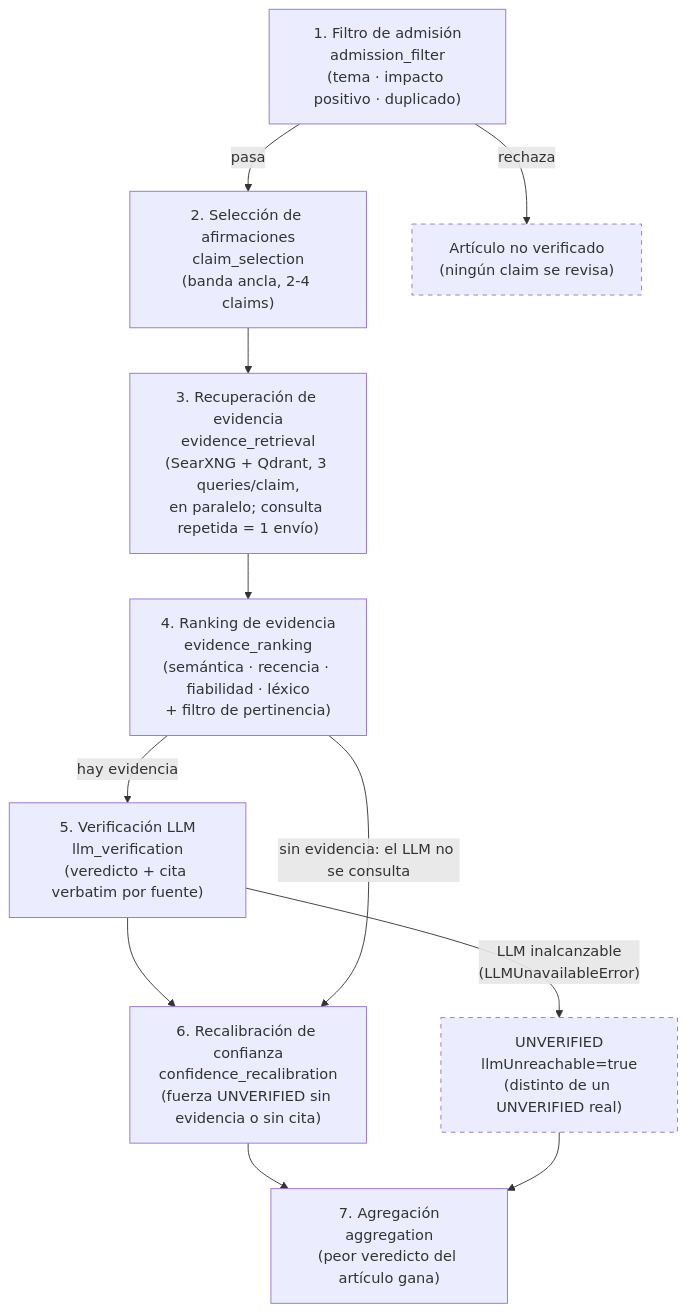
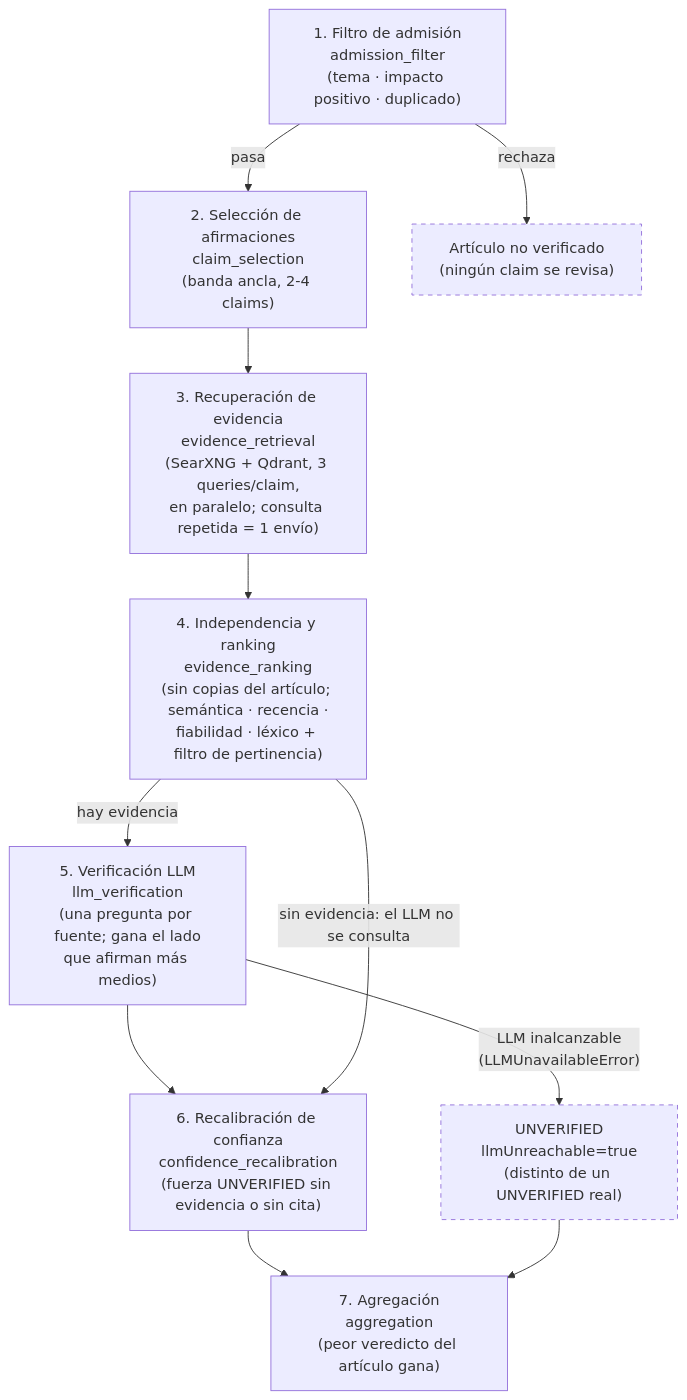
The second of 2 diagrams in docs/arquitectura-tecnica.md (aespinoza-napp/inspiring-news), drawn with Mermaid before and after one commit. The commit also changed other lines of this file and 5 other files, not shown here.

First line of the commit message:
Docs: the thesis defence brief, the 3 Nov audit, architecture and summary updated

````diff
--- a/docs/arquitectura-tecnica.md
+++ b/docs/arquitectura-tecnica.md
@@ -179,20 +189,20 @@
 ```mermaid
 flowchart TD
     A["1. Filtro de admisión\nadmission_filter\n(tema · impacto positivo · duplicado)"]
     B["2. Selección de afirmaciones\nclaim_selection\n(banda ancla, 2-4 claims)"]
     C["3. Recuperación de evidencia\nevidence_retrieval\n(SearXNG + Qdrant, 3 queries/claim,\nen paralelo; consulta repetida = 1 envío)"]
-    D["4. Ranking de evidencia\nevidence_ranking\n(semántica · recencia · fiabilidad · léxico\n+ filtro de pertinencia)"]
-    E["5. Verificación LLM\nllm_verification\n(veredicto + cita verbatim por fuente)"]
+    D["4. Independencia y ranking\nevidence_ranking\n(sin copias del artículo; semántica · recencia ·\nfiabilidad · léxico + filtro de pertinencia)"]
+    E["5. Verificación LLM\nllm_verification\n(una pregunta por fuente; gana el lado\nque afirman más medios)"]
     F["6. Recalibración de confianza\nconfidence_recalibration\n(fuerza UNVERIFIED sin evidencia o sin cita)"]
     G["7. Agregación\naggregation\n(peor veredicto del artículo gana)"]
 
     A -- "pasa" --> B --> C --> D
     D -- "hay evidencia" --> E --> F --> G
     D -- "sin evidencia: el LLM no se consulta" --> F
     A -- "rechaza" --> X["Artículo no verificado\n(ningún claim se revisa)"]
     E -- "LLM inalcanzable\n(LLMUnavailableError)" --> F2["UNVERIFIED\nllmUnreachable=true\n(distinto de un UNVERIFIED real)"]
     F2 --> G
 
     style X stroke-dasharray: 5 5
     style F2 stroke-dasharray: 5 5
 ```
````
